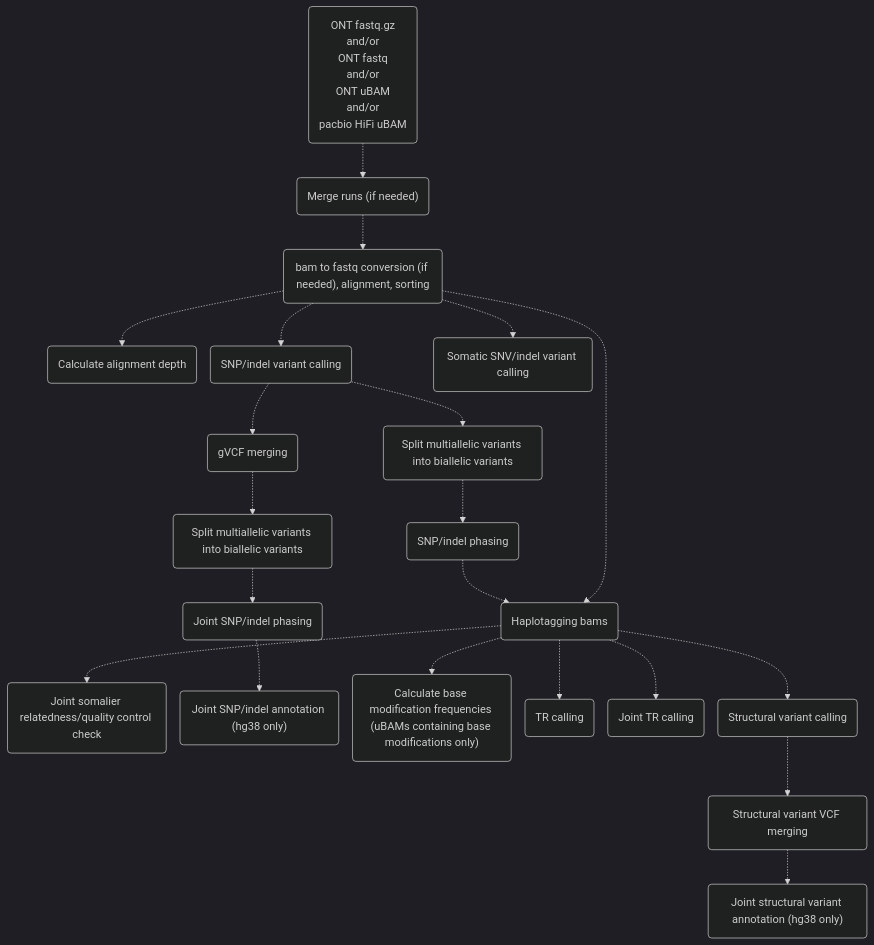
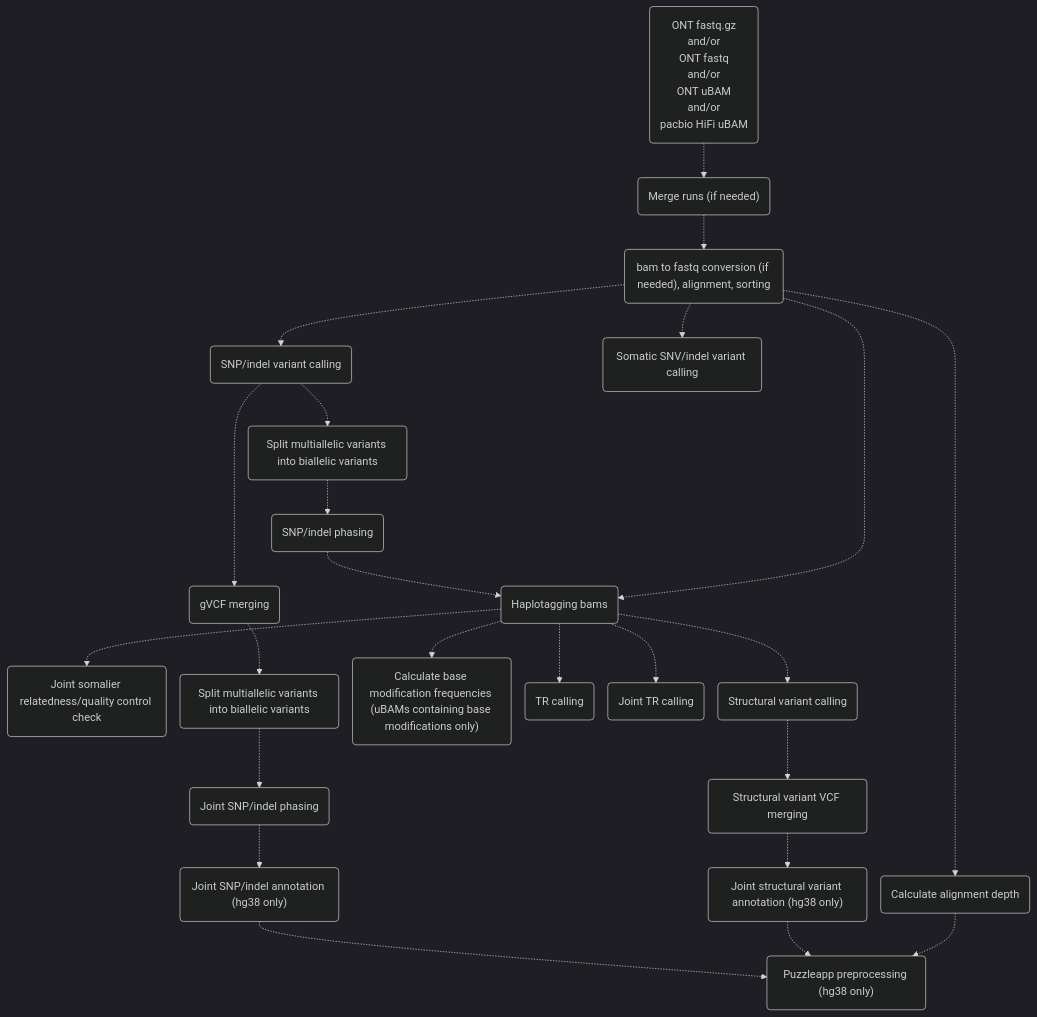
One commit to leahkemp/pipeface changed the second of 3 diagrams in docs/pipeface/info.md. Above: the diagram before and after it, drawn with Mermaid. The commit also changed other lines of this file and 6 other files, not shown here.

````diff
--- a/docs/pipeface/info.md
+++ b/docs/pipeface/info.md
@@ -41,37 +43,39 @@
 ```mermaid
 %%{init:{'theme':'dark','themeVariables':{'fontSize':'11'},'flowchart':{'nodeSpacing':20}}}%%
 flowchart TB
 
 input_data("ONT fastq.gz <br> and/or <br> ONT fastq <br> and/or <br> ONT uBAM <br> and/or <br> pacbio HiFi uBAM")
 merging("Merge runs (if needed)")
 alignment("bam to fastq conversion (if needed), alignment, sorting")
 depth("Calculate alignment depth")
 snp_indel_calling("SNP/indel variant calling")
 somatic_calling("Somatic SNV/indel variant calling")
 split_multiallele("Split multiallelic variants into biallelic variants")
 snp_indel_phasing("SNP/indel phasing")
 joint_somalier("Joint somalier relatedness/quality control check")
 gvcf_merging("gVCF merging")
 joint_split_multiallele("Split multiallelic variants into biallelic variants")
 joint_snp_indel_phasing("Joint SNP/indel phasing")
 joint_snp_indel_annotation("Joint SNP/indel annotation (hg38 only)")
 haplotagging("Haplotagging bams")
 calculate_base_mod_freqs("Calculate base modification frequencies (uBAMs containing base modifications only)")
 tr_calling("TR calling")
 joint_tr_calling("Joint TR calling")
 sv_calling("Structural variant calling")
 sv_vcf_merging("Structural variant VCF merging")
 joint_sv_annotation("Joint structural variant annotation (hg38 only)")
+puzzleapp_preprocessing("Puzzleapp preprocessing (hg38 only)")
 
 input_data-.->merging-.->alignment-.->snp_indel_calling-.->split_multiallele-.->snp_indel_phasing-.->haplotagging-.->sv_calling
 alignment-.->depth
 alignment-.->somatic_calling
 alignment-.->haplotagging
 haplotagging-.->calculate_base_mod_freqs
 haplotagging-.->tr_calling
 haplotagging-.->joint_tr_calling
 haplotagging-.->joint_somalier
-snp_indel_calling-.->gvcf_merging-.->joint_split_multiallele-.->joint_snp_indel_phasing-.->joint_snp_indel_annotation
-sv_calling-.->sv_vcf_merging-.->joint_sv_annotation
+snp_indel_calling-.->gvcf_merging-.->joint_split_multiallele-.->joint_snp_indel_phasing-.->joint_snp_indel_annotation-.->puzzleapp_preprocessing
+sv_calling-.->sv_vcf_merging-.->joint_sv_annotation-.->puzzleapp_preprocessing
+depth-.->puzzleapp_preprocessing
 
 ```
````
